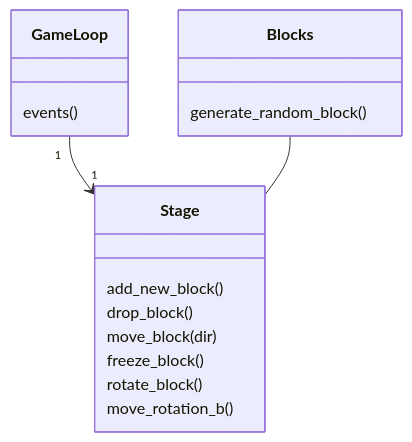
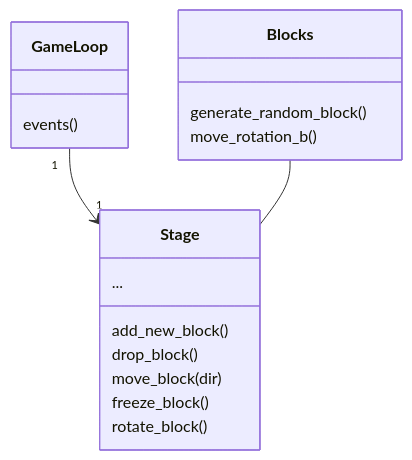
Before and after one commit to AlTu774/ot-Tetris: the first of 2 diagrams in dokumentaatio/arkkitehtuuri.md, drawn with Mermaid.

````diff
--- a/dokumentaatio/arkkitehtuuri.md
+++ b/dokumentaatio/arkkitehtuuri.md
@@ -3,19 +3,20 @@
 ```mermaid
   classDiagram
       GameLoop "1" --> "1" Stage
       Blocks -- Stage
 class GameLoop{
       events()
 	}
 class Stage{
       add_new_block()
       drop_block()
       move_block(dir)
       freeze_block()
       rotate_block()
-      move_rotation_b()
+      ...
 	}
 class Blocks{
       generate_random_block()
+      move_rotation_b()
 	}
 ```
````
